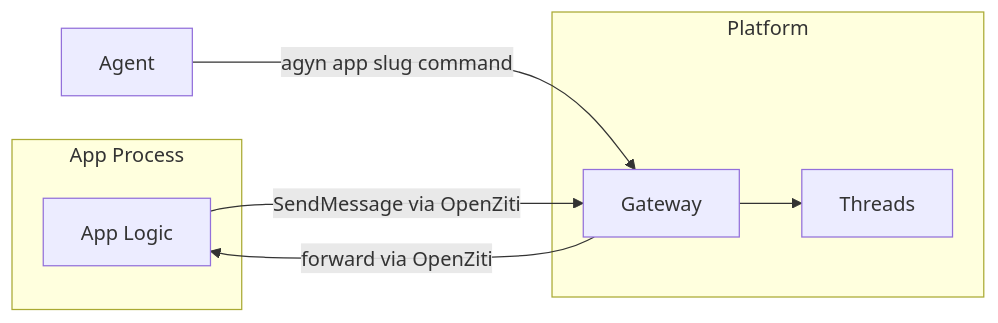
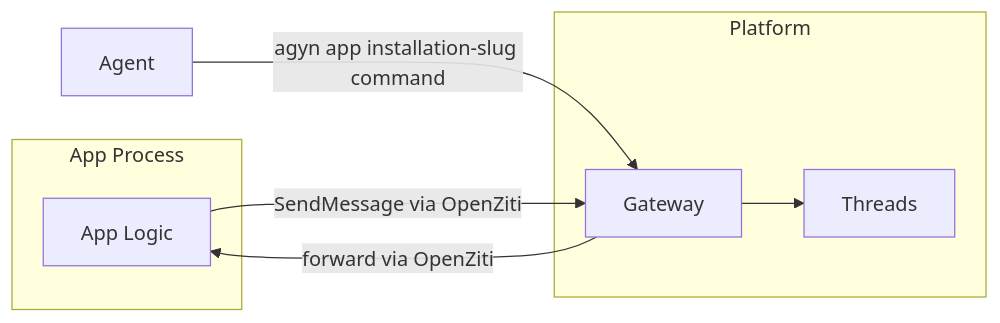
The first of 2 diagrams in architecture/apps.md (agynio/architecture), drawn with Mermaid before and after one commit. The commit also changed other lines of this file and 6 other files, not shown here.

First line of the commit message:
Add app definition and installation model

````diff
--- a/architecture/apps.md
+++ b/architecture/apps.md
@@ -26,16 +27,16 @@
 ```mermaid
 graph LR
     subgraph "App Process"
         App[App Logic]
     end
 
     subgraph Platform
         Gateway
         Threads
     end
 
-    Agent -->|agyn app slug command| Gateway
+    Agent -->|agyn app installation-slug command| Gateway
     Gateway -->|forward via OpenZiti| App
     App -->|SendMessage via OpenZiti| Gateway
     Gateway --> Threads
 ```
````
